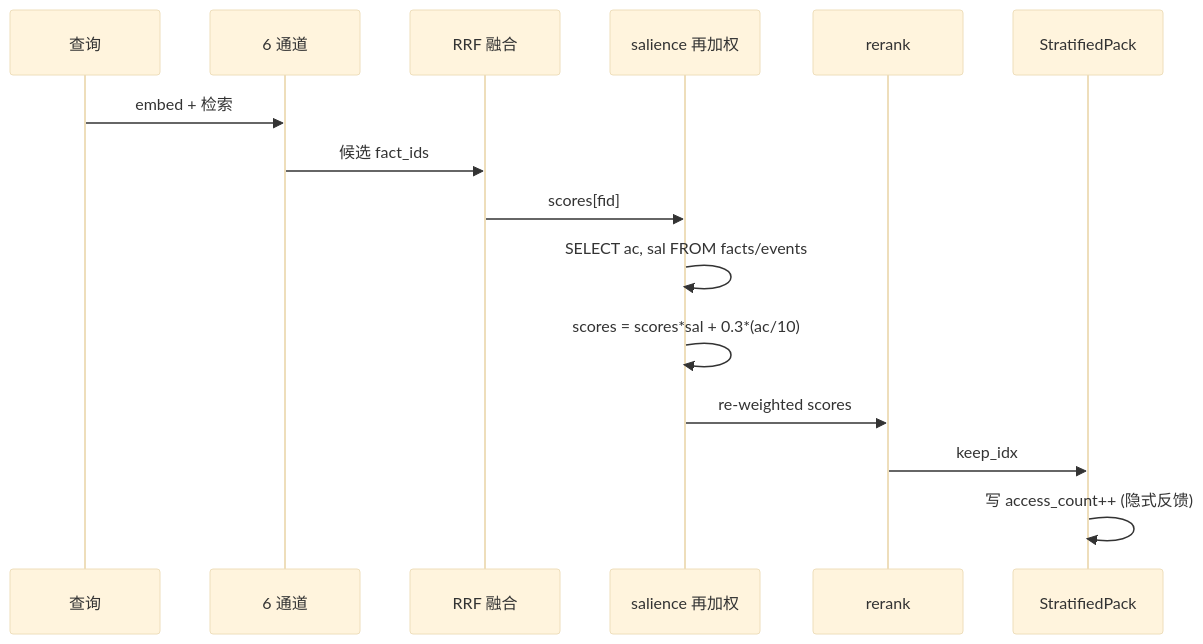
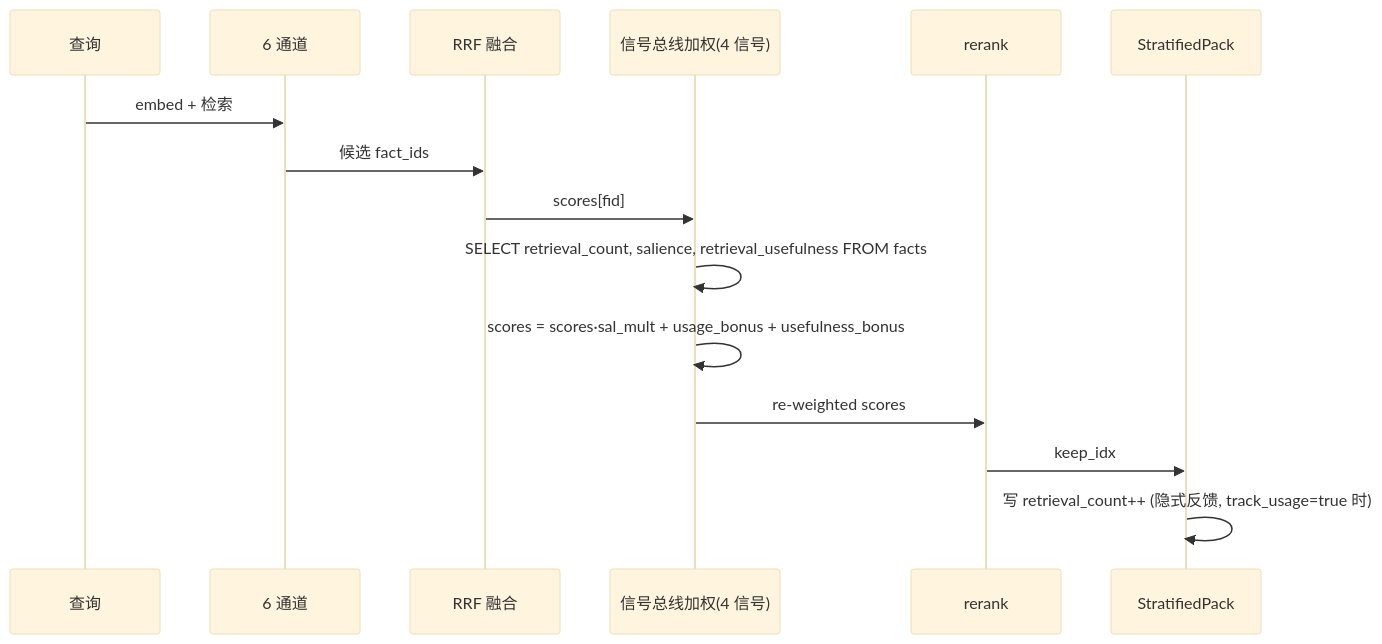
Before and after one commit to pty819/cortex-py-book: the second of 2 diagrams in source/chapters/10-signal-bus.md, drawn with Mermaid (base theme). The commit also changed other lines of this file and 9 other files, not shown here.

````diff
--- a/source/chapters/10-signal-bus.md
+++ b/source/chapters/10-signal-bus.md
@@ -152,17 +157,17 @@
 ```{mermaid}
 sequenceDiagram
     participant Q as 查询
     participant CH as 6 通道
     participant RRF as RRF 融合
-    participant SRW as salience 再加权
+    participant SRW as 信号总线加权(4 信号)
     participant RR as rerank
     participant SP as StratifiedPack
     Q->>CH: embed + 检索
     CH->>RRF: 候选 fact_ids
     RRF->>SRW: scores[fid]
-    SRW->>SRW: SELECT ac, sal FROM facts/events
-    SRW->>SRW: scores = scores*sal + 0.3*(ac/10)
+    SRW->>SRW: SELECT retrieval_count, salience, retrieval_usefulness FROM facts
+    SRW->>SRW: scores = scores·sal_mult + usage_bonus + usefulness_bonus
     SRW->>RR: re-weighted scores
     RR->>SP: keep_idx
-    SP->>SP: 写 access_count++ (隐式反馈)
+    SP->>SP: 写 retrieval_count++ (隐式反馈, track_usage=true 时)
 ```
````
